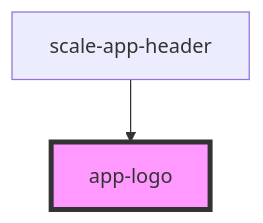
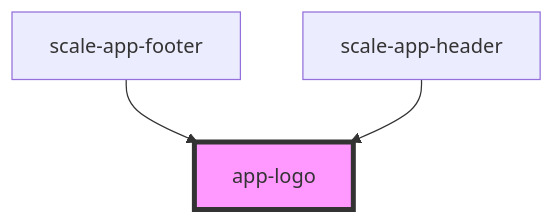
Before and after one commit to gaurishkamat/scale: the diagram in packages/components/src/components/app-logo/readme.md, drawn with Mermaid. The commit also changed other lines of this file and 14 other files, not shown here.

````diff
--- a/packages/components/src/components/app-logo/readme.md
+++ b/packages/components/src/components/app-logo/readme.md
@@ -25,5 +26,6 @@
 ```mermaid
 graph TD;
+  scale-app-footer --> app-logo
   scale-app-header --> app-logo
   style app-logo fill:#f9f,stroke:#333,stroke-width:4px
 ```
````
